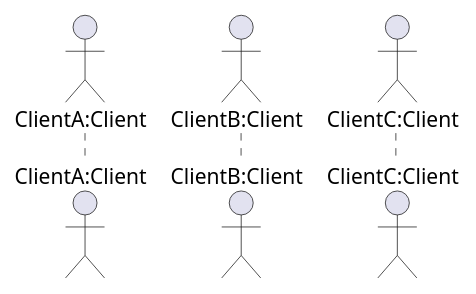
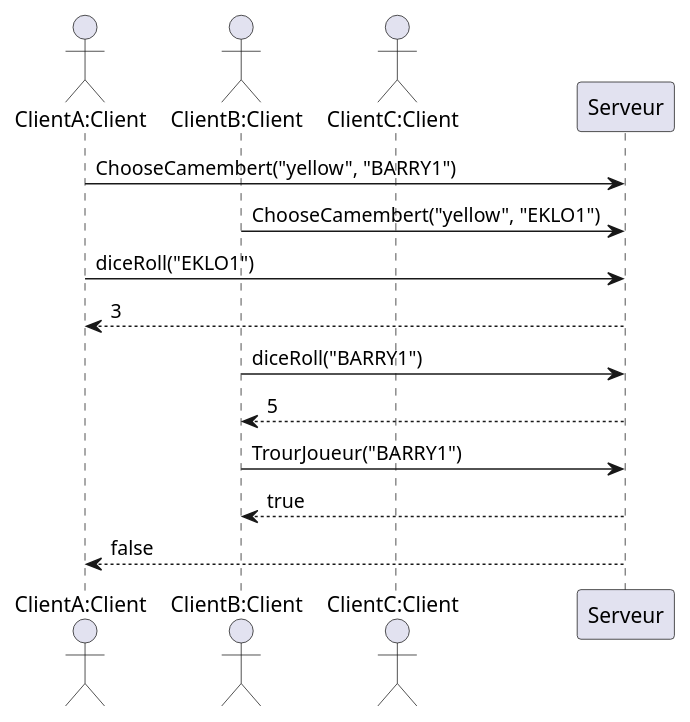
Diagram 14 of 15 in trivial-doc/modules/development/pages/composants.adoc (sybarry/Trivial_Pursuit_CL), drawn with PlantUML before and after one commit. The commit also changed other lines of this file, not shown here.

```diff
--- a/trivial-doc/modules/development/pages/composants.adoc
+++ b/trivial-doc/modules/development/pages/composants.adoc
@@ -408,11 +392,24 @@
 [plantuml]
 ....
 @startuml
 
 actor "ClientA:Client" as C1
 actor "ClientB:Client" as C2
 actor "ClientC:Client" as C3
 
+C1 -> Serveur: ChooseCamembert("yellow", "BARRY1")
+C2 -> Serveur: ChooseCamembert("yellow", "EKLO1")
+
+C1 -> Serveur: diceRoll("EKLO1")
+Serveur --> C1 : 3
+
+C2 -> Serveur: diceRoll("BARRY1")
+Serveur --> C2 : 5
+
+C2 -> Serveur: TrourJoueur("BARRY1")
+Serveur --> C2 : true
+
+Serveur --> C1 : false
 
 @enduml
 ....
```
